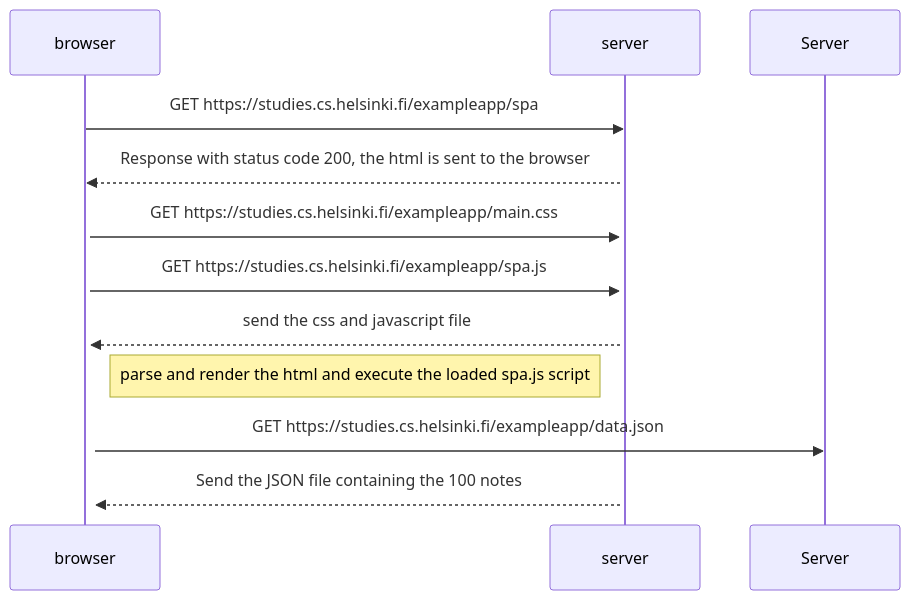
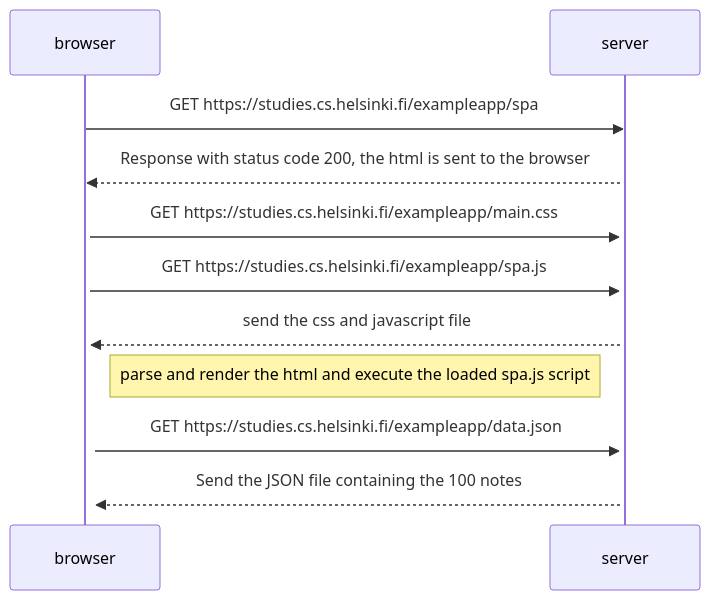
Before and after one commit to quarkgluons/fullstackopen: the diagram in part0/0.5/note_diagram.md, drawn with Mermaid. The commit also changed 1 other file, not shown here.

Commit message:
rectified a typo

````diff
--- a/part0/0.5/note_diagram.md
+++ b/part0/0.5/note_diagram.md
@@ -1,19 +1,19 @@
 ```mermaid
 sequenceDiagram
     participant browser
     participant server
     
     browser->>server: GET https://studies.cs.helsinki.fi/exampleapp/spa
     activate server
     server-->>browser: Response with status code 200, the html is sent to the browser
     activate browser
     browser->>server: GET https://studies.cs.helsinki.fi/exampleapp/main.css
     browser->>server: GET https://studies.cs.helsinki.fi/exampleapp/spa.js   
     activate server
     server-->>browser: send the css and javascript file
     activate browser
     Note right of browser: parse and render the html and execute the loaded spa.js script
-    browser->>Server: GET https://studies.cs.helsinki.fi/exampleapp/data.json
+    browser->>server: GET https://studies.cs.helsinki.fi/exampleapp/data.json
     activate server
     server-->>browser: Send the JSON file containing the 100 notes
 ```
````
